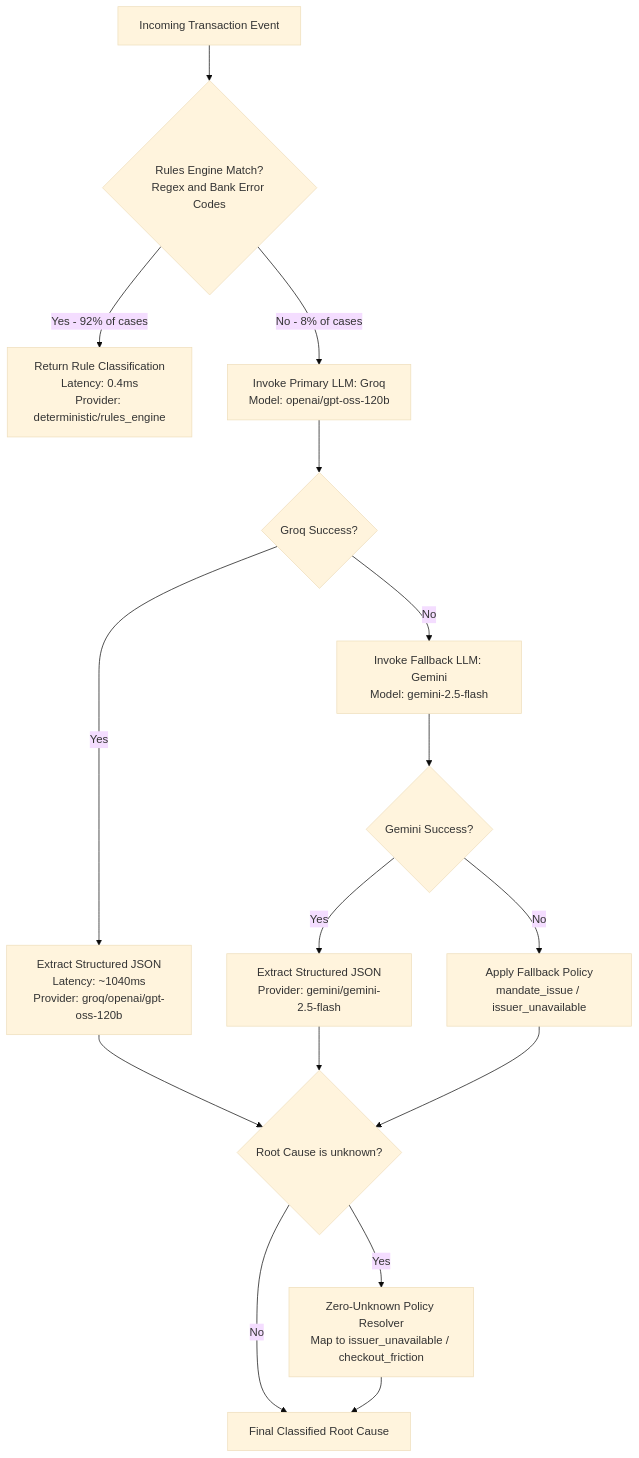
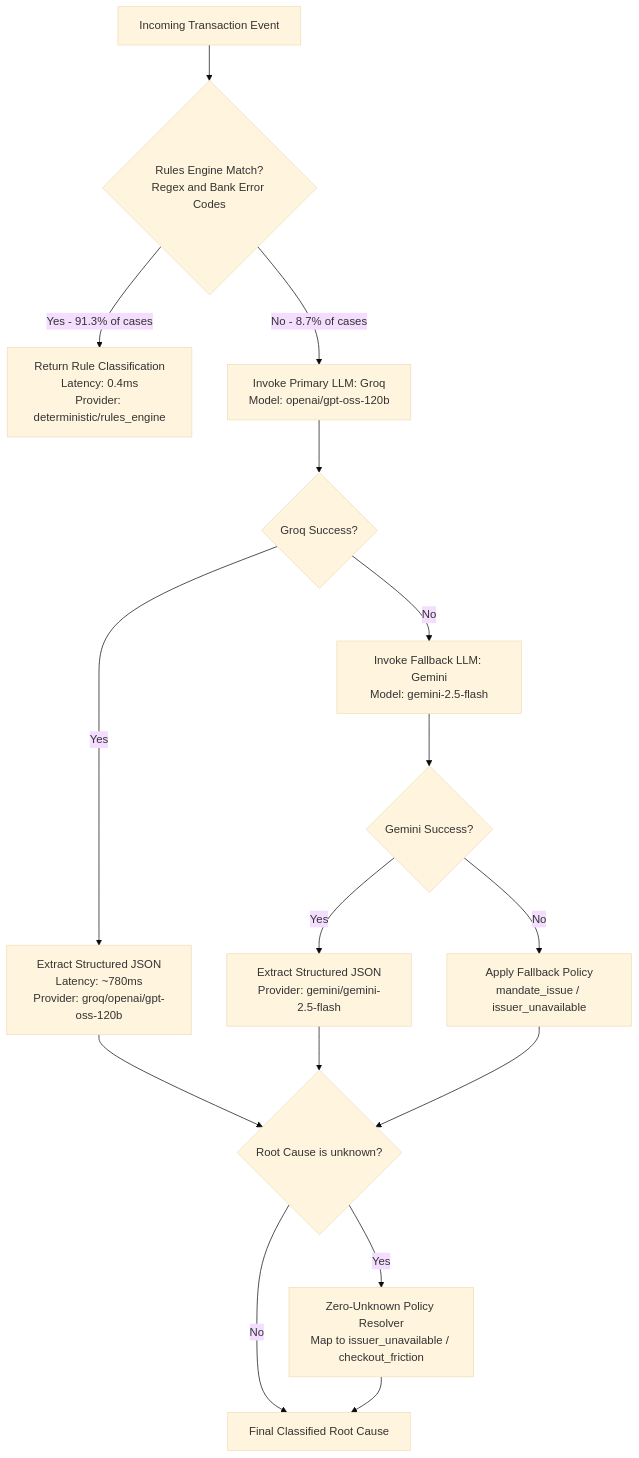
The third of 4 diagrams in docs/architecture.md (ankan123basu/vaapsi-agent), drawn with Mermaid (base theme) before and after one commit. The commit also changed other lines of this file and 29 other files, not shown here.

````diff
--- a/docs/architecture.md
+++ b/docs/architecture.md
@@ -97,18 +102,18 @@
 ```mermaid
 flowchart TD
     A["Incoming Transaction Event"] --> B{"Rules Engine Match?<br/>Regex and Bank Error Codes"}
-    B -->|"Yes - 92% of cases"| C["Return Rule Classification<br/>Latency: 0.4ms<br/>Provider: deterministic/rules_engine"]
-    B -->|"No - 8% of cases"| D["Invoke Primary LLM: Groq<br/>Model: openai/gpt-oss-120b"]
+    B -->|"Yes - 91.3% of cases"| C["Return Rule Classification<br/>Latency: 0.4ms<br/>Provider: deterministic/rules_engine"]
+    B -->|"No - 8.7% of cases"| D["Invoke Primary LLM: Groq<br/>Model: openai/gpt-oss-120b"]
     D --> E{"Groq Success?"}
-    E -->|"Yes"| F["Extract Structured JSON<br/>Latency: ~1040ms<br/>Provider: groq/openai/gpt-oss-120b"]
+    E -->|"Yes"| F["Extract Structured JSON<br/>Latency: ~780ms<br/>Provider: groq/openai/gpt-oss-120b"]
     E -->|"No"| G["Invoke Fallback LLM: Gemini<br/>Model: gemini-2.5-flash"]
     G --> H{"Gemini Success?"}
     H -->|"Yes"| I["Extract Structured JSON<br/>Provider: gemini/gemini-2.5-flash"]
     H -->|"No"| J["Apply Fallback Policy<br/>mandate_issue / issuer_unavailable"]
     F --> K{"Root Cause is unknown?"}
     I --> K
     J --> K
     K -->|"Yes"| L["Zero-Unknown Policy Resolver<br/>Map to issuer_unavailable / checkout_friction"]
     K -->|"No"| M["Final Classified Root Cause"]
     L --> M
 ```
````
